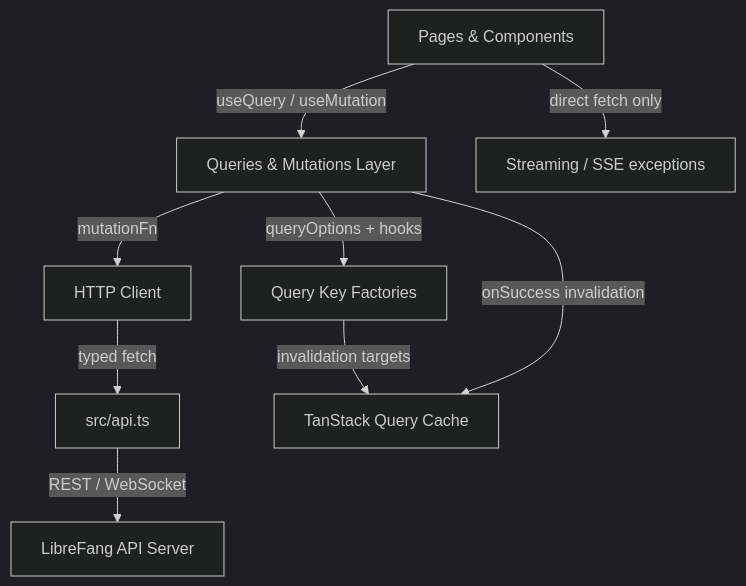
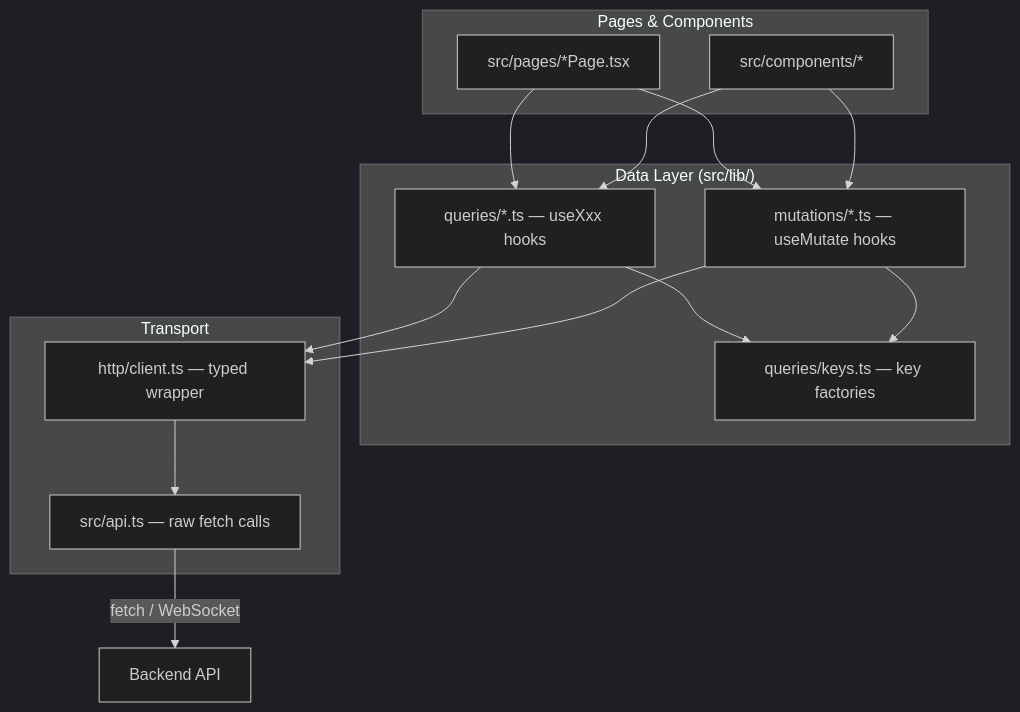
The diagram in other-librefang-api-dashboard.md (leszek3737/librefang-WIki), drawn with Mermaid (dark theme) before and after one commit. The commit also changed other lines of this file and 128 other files, not shown here.

````diff
--- a/other-librefang-api-dashboard.md
+++ b/other-librefang-api-dashboard.md
@@ -18,11 +13,29 @@
 ```mermaid
 graph TD
-    A[Pages & Components] -->|useQuery / useMutation| B[Queries & Mutations Layer]
-    B -->|queryOptions + hooks| C[Query Key Factories]
-    B -->|mutationFn| D[HTTP Client]
-    D -->|typed fetch| E[src/api.ts]
-    E -->|REST / WebSocket| F[LibreFang API Server]
-    A -->|direct fetch only| G[Streaming / SSE exceptions]
-    C -->|invalidation targets| H[TanStack Query Cache]
-    B -->|onSuccess invalidation| H
+    subgraph "Pages & Components"
+        P[src/pages/*Page.tsx]
+        C[src/components/*]
+    end
+
+    subgraph "Data Layer (src/lib/)"
+        Q[queries/*.ts — useXxx hooks]
+        M[mutations/*.ts — useMutate hooks]
+        K[queries/keys.ts — key factories]
+    end
+
+    subgraph "Transport"
+        HT[http/client.ts — typed wrapper]
+        API[src/api.ts — raw fetch calls]
+    end
+
+    P --> Q
+    P --> M
+    C --> Q
+    C --> M
+    Q --> K
+    M --> K
+    Q --> HT
+    M --> HT
+    HT --> API
+    API -->|fetch / WebSocket| BE[Backend API]
 ```
````
